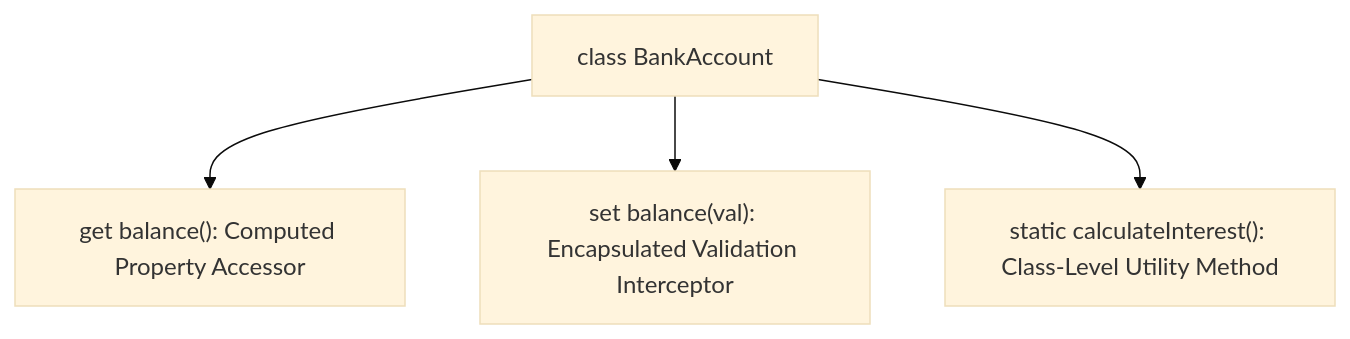
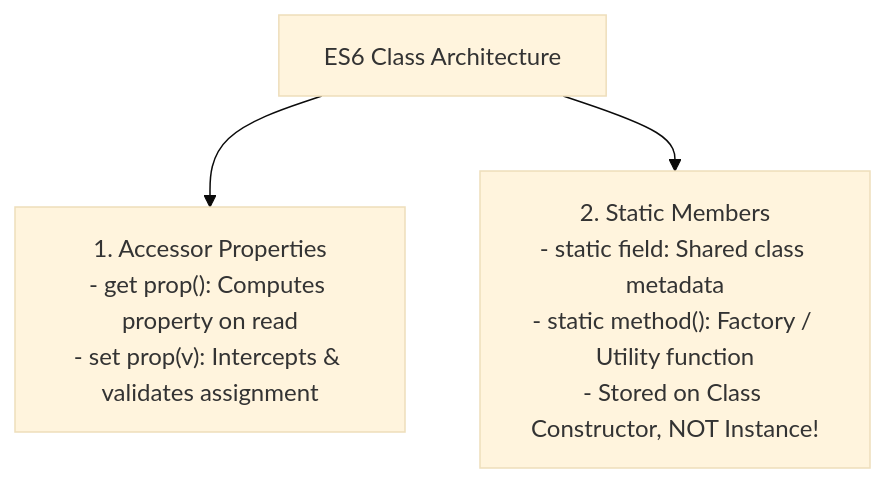
The first of 3 diagrams in js-notes/28-getters-setters-static.md (Amie-dev/engineering-playbook), drawn with Mermaid (base theme) before and after one commit. The commit also changed other lines of this file and 42 other files, not shown here.

````diff
--- a/js-notes/28-getters-setters-static.md
+++ b/js-notes/28-getters-setters-static.md
@@ -10,6 +14,5 @@
 ```mermaid
-graph TD
-    Class[class BankAccount] --> Get["get balance(): Computed Property Accessor"]
-    Class --> Set["set balance(val): Encapsulated Validation Interceptor"]
-    Class --> Static["static calculateInterest(): Class-Level Utility Method"]
+flowchart TD
+    Class[ES6 Class Architecture] --> Accessors["1. Accessor Properties<br/>- get prop(): Computes property on read<br/>- set prop(v): Intercepts & validates assignment"]
+    Class --> Statics["2. Static Members<br/>- static field: Shared class metadata<br/>- static method(): Factory / Utility function<br/>- Stored on Class Constructor, NOT Instance!"]
 ```
````
